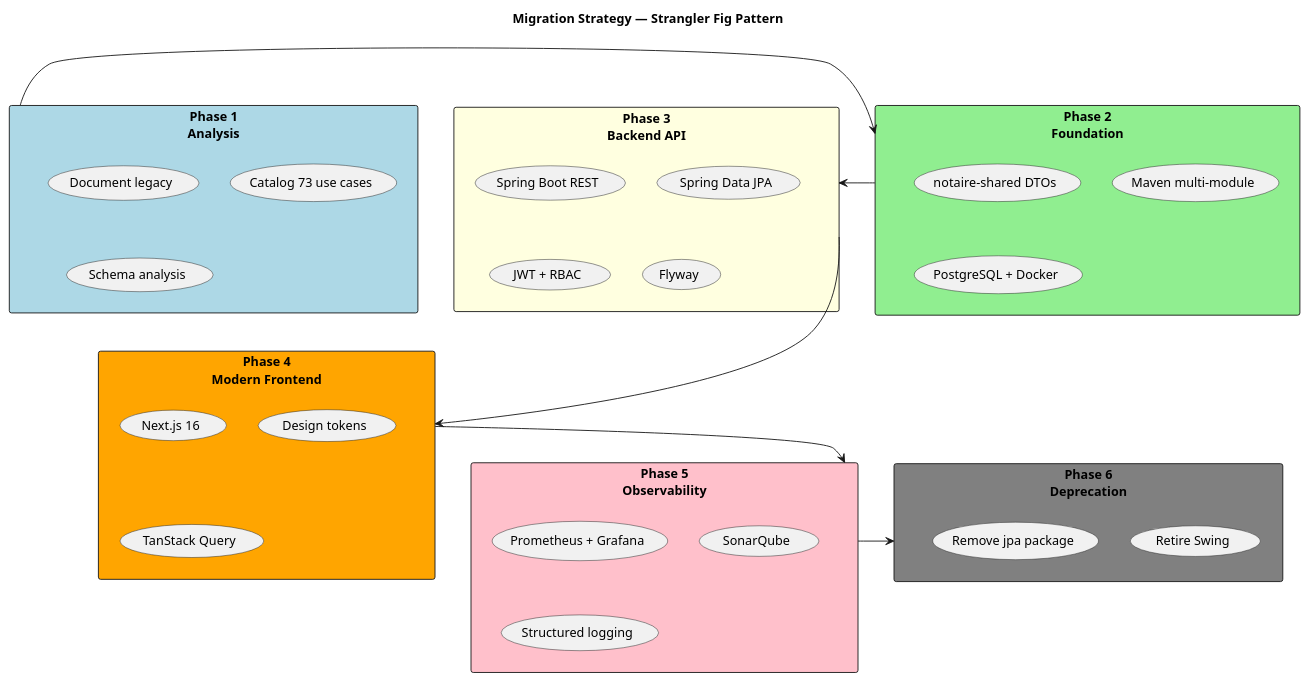
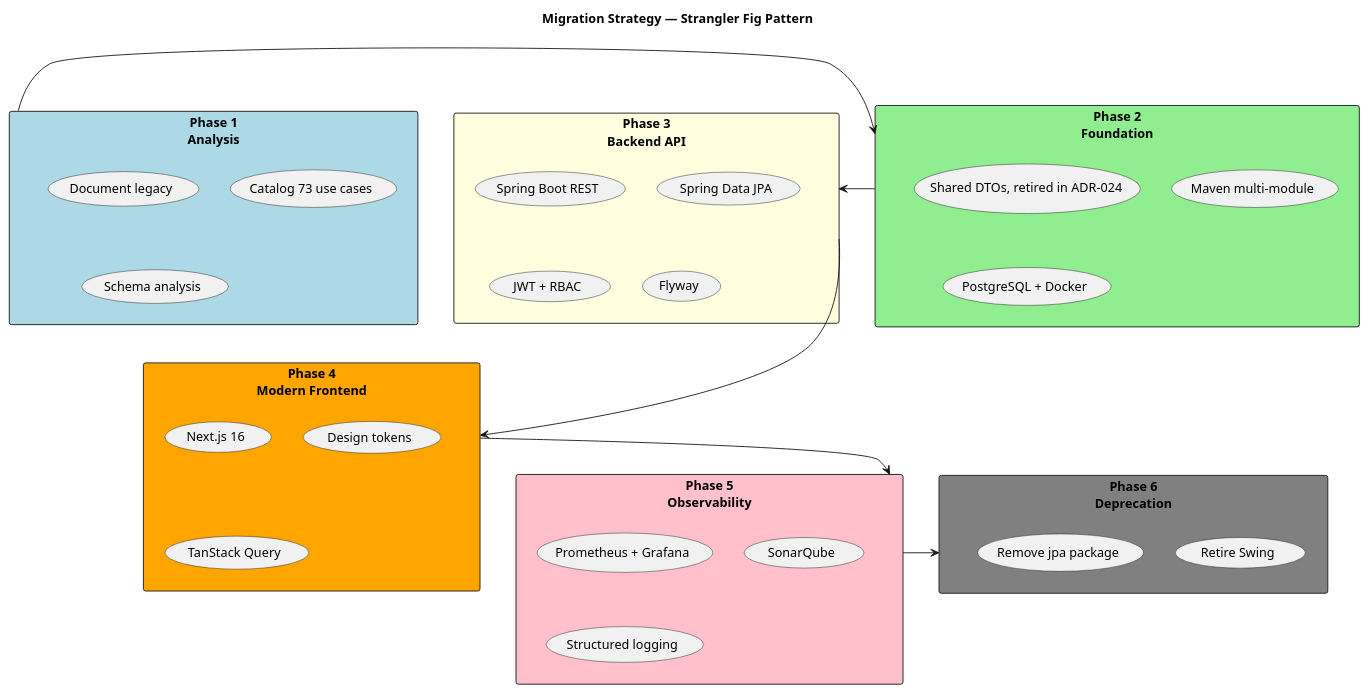
One commit to matiaspakua/notaire changed the third of 13 diagrams in docs/200-architecture/201-SAD/sad.md. Above: the diagram before and after it, drawn with PlantUML. The commit also changed other lines of this file and 24 other files, not shown here.

First line of the commit message:
docs(architecture): record the retirement of notaire-shared (ADR-024)

````diff
--- a/docs/200-architecture/201-SAD/sad.md
+++ b/docs/200-architecture/201-SAD/sad.md
@@ -188,47 +188,47 @@
 ```plantuml
 @startuml
 title Migration Strategy — Strangler Fig Pattern
 
 rectangle "Phase 1\nAnalysis" #LightBlue {
   (Document legacy)
   (Catalog 73 use cases)
   (Schema analysis)
 }
 
 rectangle "Phase 2\nFoundation" #LightGreen {
-  (notaire-shared DTOs)
+  (Shared DTOs, retired in ADR-024)
   (Maven multi-module)
   (PostgreSQL + Docker)
 }
 
 rectangle "Phase 3\nBackend API" #LightYellow {
   (Spring Boot REST)
   (Spring Data JPA)
   (JWT + RBAC)
   (Flyway)
 }
 
 rectangle "Phase 4\nModern Frontend" #Orange {
   (Next.js 16)
   (Design tokens)
   (TanStack Query)
 }
 
 rectangle "Phase 5\nObservability" #Pink {
   (Prometheus + Grafana)
   (SonarQube)
   (Structured logging)
 }
 
 rectangle "Phase 6\nDeprecation" #Gray {
   (Retire Swing)
   (Remove jpa package)
 }
 
 "Phase 1\nAnalysis" -right-> "Phase 2\nFoundation"
 "Phase 2\nFoundation" -right-> "Phase 3\nBackend API"
 "Phase 3\nBackend API" -right-> "Phase 4\nModern Frontend"
 "Phase 4\nModern Frontend" -down-> "Phase 5\nObservability"
 "Phase 5\nObservability" -left-> "Phase 6\nDeprecation"
 @enduml
 ```
````
